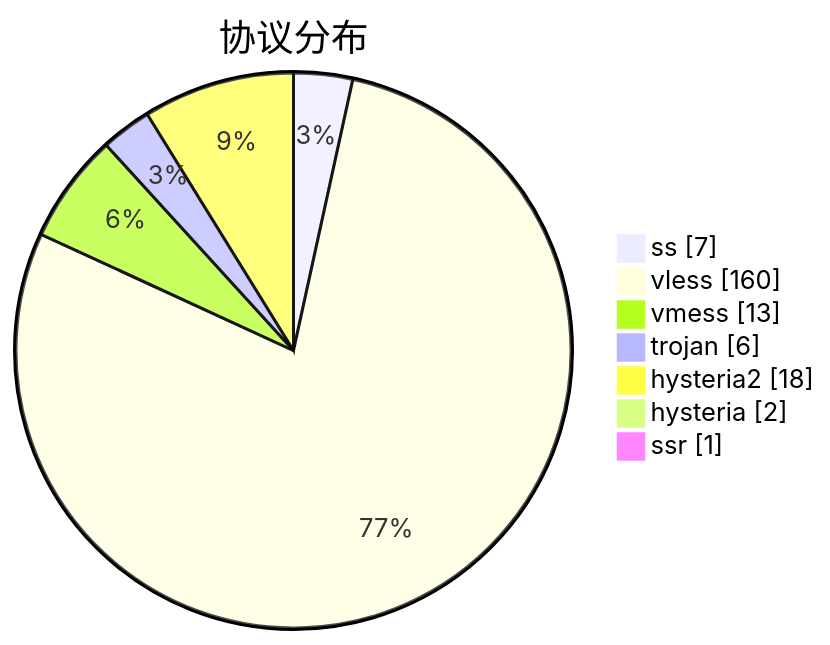
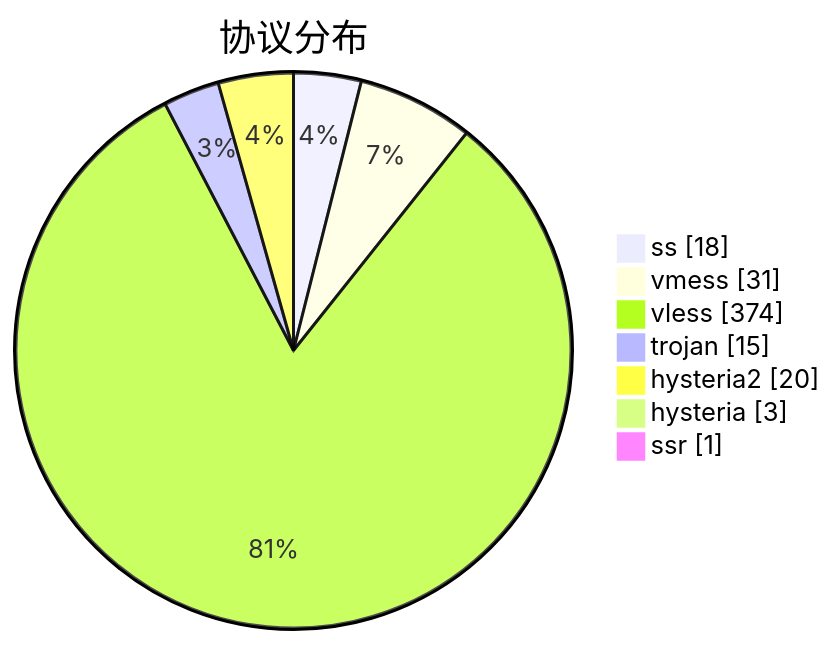
One commit to sinspired/airport changed the third of 3 diagrams in subs/statistics/tested_within.md. Above: the diagram before and after it, drawn with Mermaid. The commit also changed other lines of this file and 2 other files, not shown here.

````diff
--- a/subs/statistics/tested_within.md
+++ b/subs/statistics/tested_within.md
@@ -34,11 +42,11 @@
 ```mermaid
 pie showData
 title 协议分布
-"ss" : 7
-"vless" : 160
-"vmess" : 13
-"trojan" : 6
-"hysteria2" : 18
-"hysteria" : 2
+"ss" : 18
+"vmess" : 31
+"vless" : 374
+"trojan" : 15
+"hysteria2" : 20
+"hysteria" : 3
 "ssr" : 1
 ```
````
